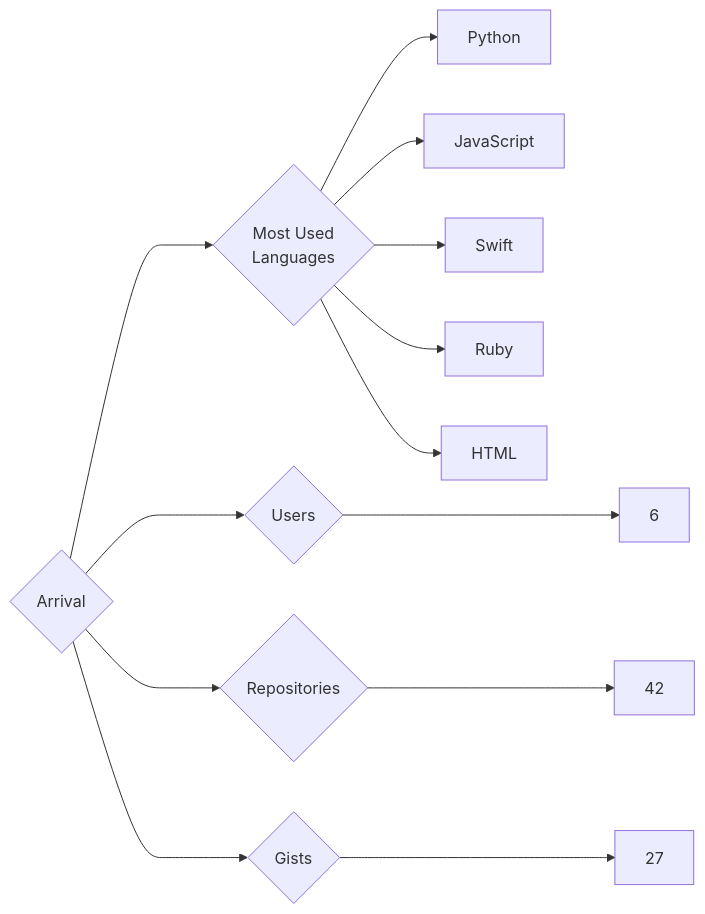
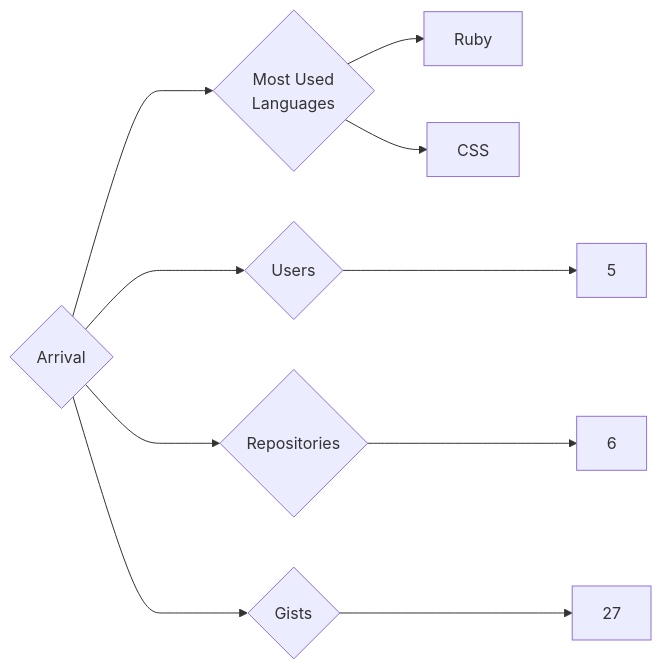
Before and after one commit to trickest/insiders: the diagram in targets/Arrival/README.md, drawn with Mermaid. The commit also changed 1212 other files, not shown here.

````diff
--- a/targets/Arrival/README.md
+++ b/targets/Arrival/README.md
@@ -3,13 +3,10 @@
 ```mermaid
 graph LR
 COMPANY_NAME{Arrival}
-COMPANY_NAME ---> U{Users} ---> UN[6]
-COMPANY_NAME ---> R{Repositories} ---> RN[42]
+COMPANY_NAME ---> U{Users} ---> UN[5]
+COMPANY_NAME ---> R{Repositories} ---> RN[6]
 COMPANY_NAME ---> G{Gists} ---> GN[27]
 COMPANY_NAME ---> ML{Most Used<br>Languages}
-ML --> Python[Python]
-ML --> JavaScript[JavaScript]
-ML --> Swift[Swift]
 ML --> Ruby[Ruby]
-ML --> HTML[HTML]
+ML --> CSS[CSS]
 ```
````
